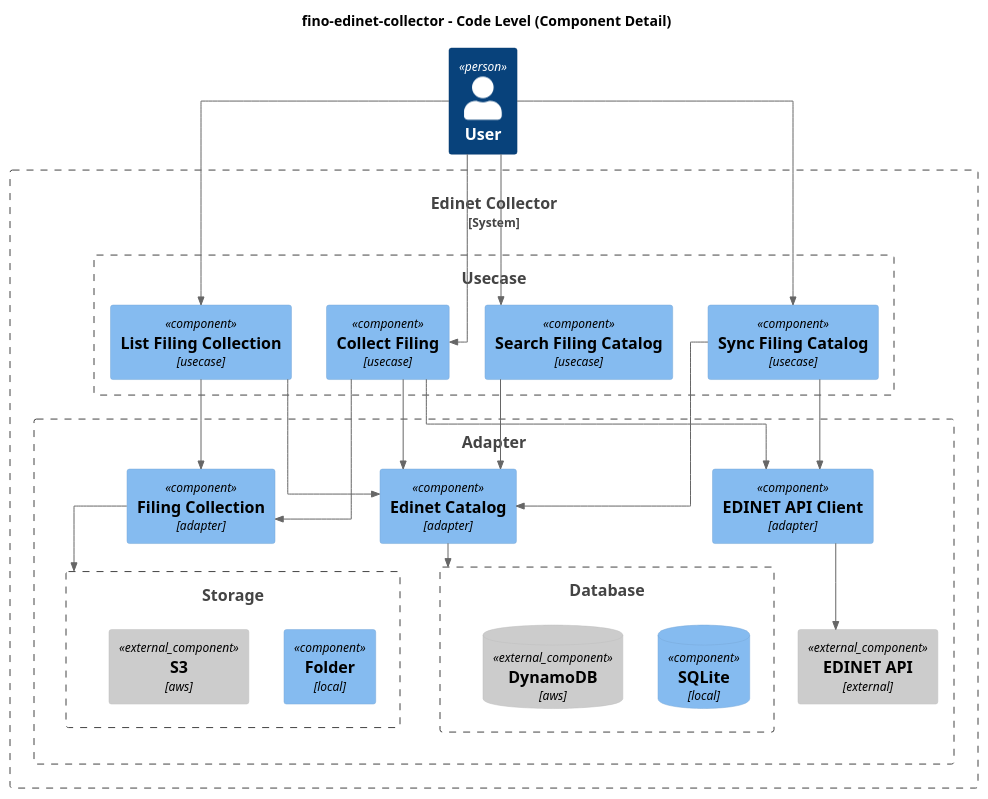
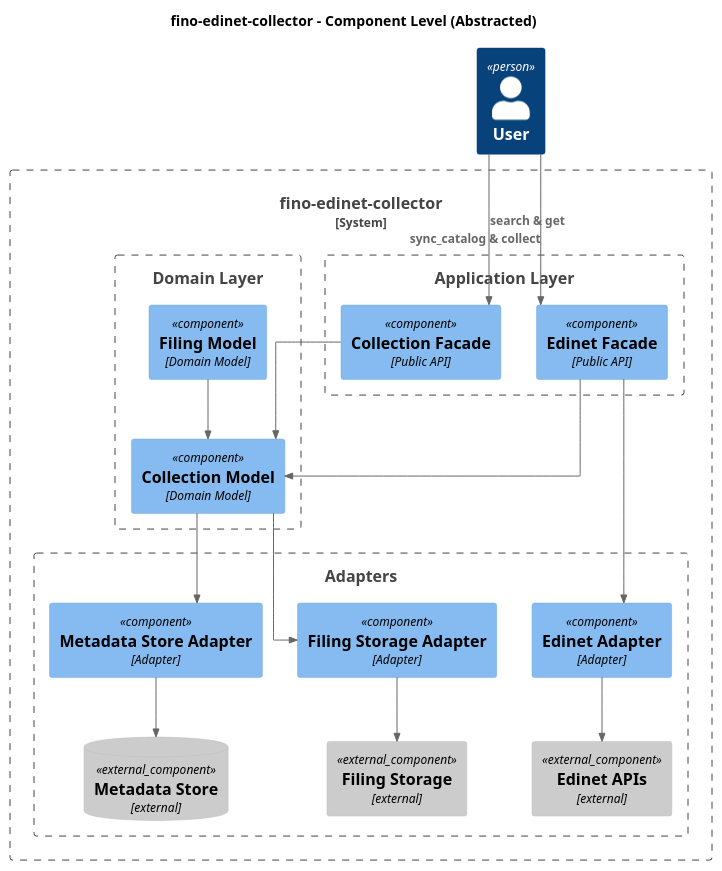
One commit to fino-dev/fino-filing changed the diagram in docs/design/components.puml. Above: the diagram before and after it, drawn with PlantUML. The commit also changed 1 other file, not shown here.

```diff
--- a/docs/design/components.puml
+++ b/docs/design/components.puml
@@ -1,60 +1,56 @@
 @startuml fino-edinet-collector - Component Level
-title fino-edinet-collector - Code Level (Component Detail)
-' !include https://raw.githubusercontent.com/plantuml-stdlib/C4-PlantUML/master/C4_Container.puml
-' !include https://raw.githubusercontent.com/plantuml-stdlib/C4-PlantUML/master/C4_Component.puml
+title fino-edinet-collector - Component Level (Abstracted)
+
 !include <C4/C4_Container>
 !include <C4/C4_Component>
 
 Person(user, "User")
-System_Boundary(edinet_collector_boundary, "Edinet Collector") {
-    Boundary(usecase_boundary, "Usecase") {
 
-        ' Usecase
-        Component(sync_filing_catalog, "Sync Filing Catalog", "usecase")
-        Component(search_filing_catalog, "Search Filing Catalog", "usecase")
-        Component(collect_filing, "Collect Filing", "usecase")
-        Component(list_collected_filing, "List Filing Collection", "usecase")
+System_Boundary(system, "fino-edinet-collector") {
+
+    Boundary(application_boundary, "Application Layer") {
+        Component(edinet, "Edinet Facade", "Public API")
+        Component(collection, "Collection Facade", "Public API")
     }
 
-    Boundary(adapter_boundary, "Adapter") {
-        ' Adapters
-        Component(edinet_api_client, "EDINET API Client", "adapter")
-        Component_Ext(edinet_api, "EDINET API", "external")
-
-        Component(filing_catalog, "Edinet Catalog", "adapter")
-        Boundary(db_boundary, "Database") {
-            ComponentDb(sqlite_db, "SQLite", "local")
-            ComponentDb_Ext(dynamo_db, "DynamoDB", "aws")
-        }
-
-        Component(filing_collection, "Filing Collection", "adapter")
-        Boundary(storage_boundary, "Storage") {
-            Component(local_storage, "Folder", "local") 
-            Component_Ext(s3_storage, "S3", "aws") 
-        }
+    Boundary(domain_boundary, "Domain Layer") {
+        Component(collection_model, "Collection Model", "Domain Model")
+        Component(filing_model, "Filing Model", "Domain Model")
     }
 
-    ' User Relation
-    Rel(user, sync_filing_catalog, "")
-    Rel(user, search_filing_catalog, "")
-    Rel(user, collect_filing, "")
-    Rel(user, list_collected_filing, "")
+    Boundary(adapter_boundary, "Adapters") {
+        Component(edinet_adapter, "Edinet Adapter", "Adapter")
+        Component(storage_adapter, "Filing Storage Adapter", "Adapter")
+        Component(metadata_adapter, "Metadata Store Adapter", "Adapter")
 
-    ' Usecase Relation
-    Rel(sync_filing_catalog, edinet_api_client, "")
-    Rel(sync_filing_catalog, filing_catalog, "")
-    Rel(search_filing_catalog, filing_catalog, "")
-    Rel(collect_filing, edinet_api_client, "")
-    Rel(collect_filing, filing_catalog, "")
-    Rel(collect_filing, filing_collection, "")
-    Rel(list_collected_filing, filing_catalog, "")
-    Rel(list_collected_filing, filing_collection, "")
+        Component_Ext(edinet_api, "Edinet APIs", "external")
+        Component_Ext(filing_storage, "Filing Storage", "external")
+        ComponentDb_Ext(metadata_store, "Metadata Store", "external")
+    }
 
-    ' Infrastructure Relation
-    Rel(edinet_api_client, edinet_api, "")
-    Rel(filing_catalog, db_boundary, "")
-    Rel(filing_collection, storage_boundary, "")
+    ' User interactions
+    Rel(user, edinet, "sync_catalog & collect")
+    Rel(user, collection, "search & get")
+
+    ' Application to Domain
+    Rel(edinet, collection_model, "")
+    Rel(collection, collection_model, "")
+
+    ' Application to Adapter
+    Rel(edinet, edinet_adapter, "")
+
+    ' domain to domain
+    Rel(filing_model, collection_model, "")
+
+    ' Domain to Adapter
+    Rel(collection_model, storage_adapter, "")
+    Rel(collection_model, metadata_adapter, "")
+
+    ' Adapter to external
+    Rel(edinet_adapter, edinet_api, "")
+    Rel(storage_adapter, filing_storage, "")
+    Rel(metadata_adapter, metadata_store, "")
 }
 
 skinparam linetype ortho
 @enduml
```
